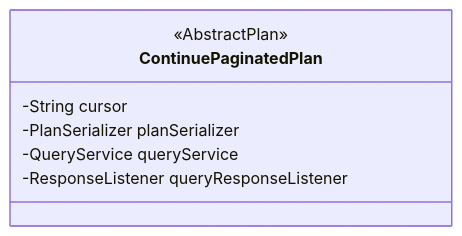
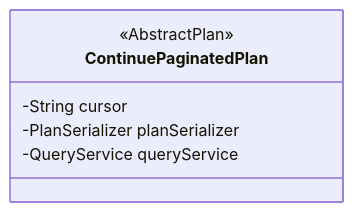
The sixth of 22 diagrams in docs/dev/Pagination-v2.md (opensearch-project/sql), drawn with Mermaid before and after one commit. The commit also changed other lines of this file and 2 other files, not shown here.

````diff
--- a/docs/dev/Pagination-v2.md
+++ b/docs/dev/Pagination-v2.md
@@ -358,11 +224,10 @@
 ```mermaid
 classDiagram
   direction LR
   class ContinuePaginatedPlan {
     <<AbstractPlan>>
     -String cursor
     -PlanSerializer planSerializer
     -QueryService queryService
-    -ResponseListener queryResponseListener
   }
 ```
````
